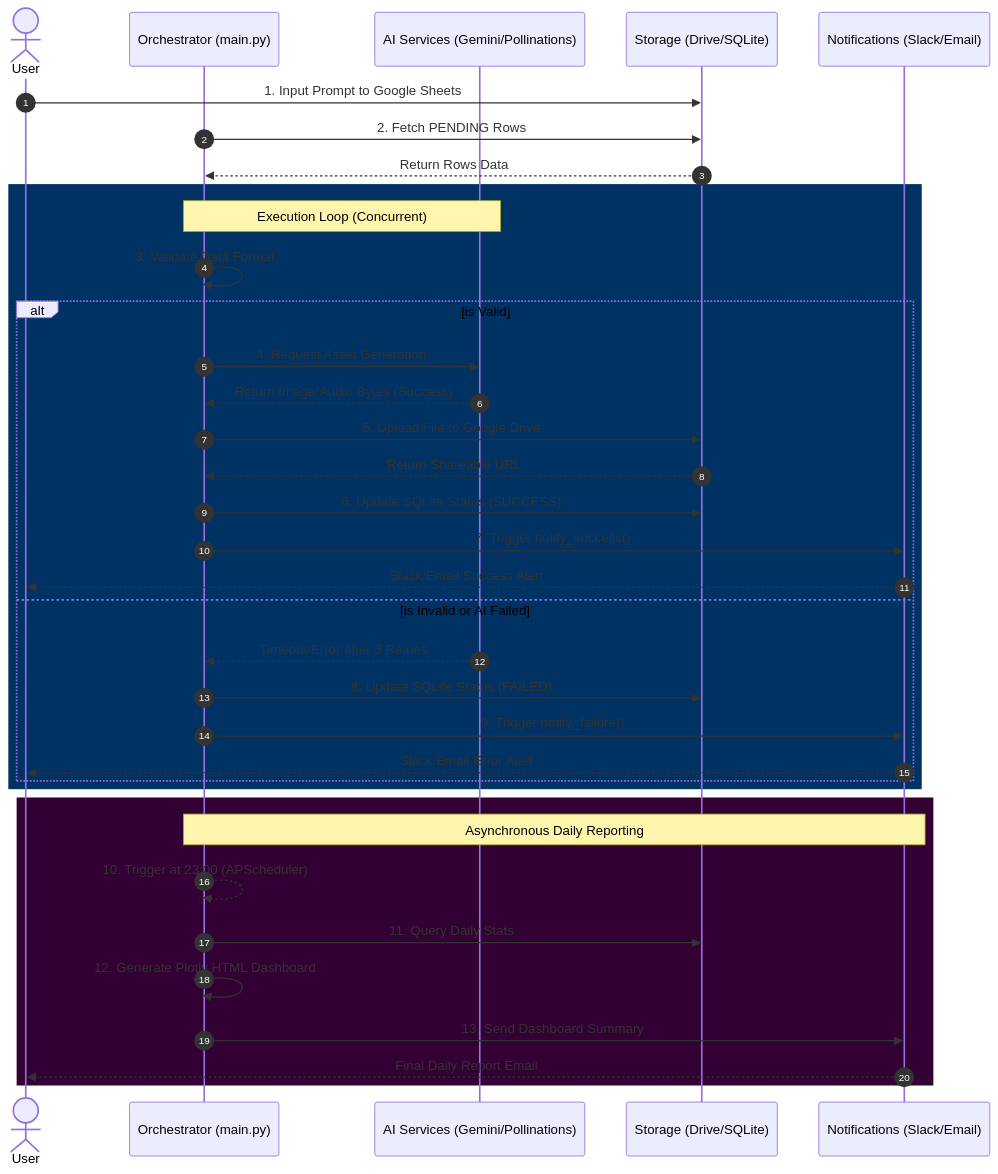
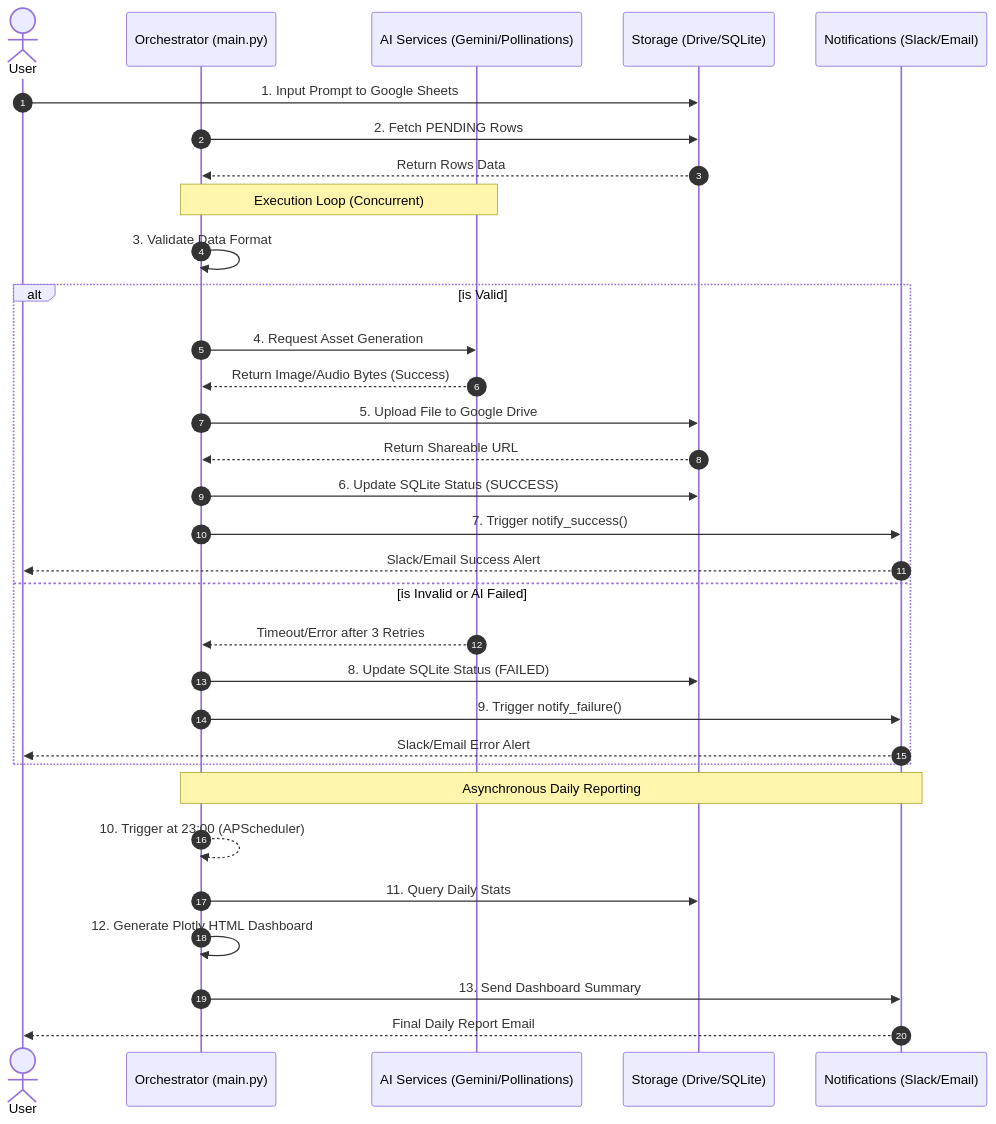
The second of 2 diagrams in LeThanhHaiHuynh_Test_Submit/automation/docs/System_Design.md (danielhuynh-04/AI-Asset-Generation-Automation-Pipeline), drawn with Mermaid before and after one commit. The commit also changed 4 other files, not shown here.

Commit message:
docs: use unstyled mermaid for github darkmode and embed in readme

````diff
--- a/LeThanhHaiHuynh_Test_Submit/automation/docs/System_Design.md
+++ b/LeThanhHaiHuynh_Test_Submit/automation/docs/System_Design.md
@@ -48,42 +48,38 @@
 ```mermaid
 sequenceDiagram
     autonumber
     actor User
     participant System as Orchestrator (main.py)
     participant AI as AI Services (Gemini/Pollinations)
     participant Storage as Storage (Drive/SQLite)
     participant Notif as Notifications (Slack/Email)
 
     User->>Storage: 1. Input Prompt to Google Sheets
     System->>Storage: 2. Fetch PENDING Rows
     Storage-->>System: Return Rows Data
     
-    rect rgb(0, 50, 100)
     Note over System, AI: Execution Loop (Concurrent)
     System->>System: 3. Validate Data Format
     
     alt is Valid
         System->>AI: 4. Request Asset Generation
         AI-->>System: Return Image/Audio Bytes (Success)
         System->>Storage: 5. Upload File to Google Drive
         Storage-->>System: Return Shareable URL
         System->>Storage: 6. Update SQLite Status (SUCCESS)
         System->>Notif: 7. Trigger notify_success()
         Notif-->>User: Slack/Email Success Alert
     else is Invalid or AI Failed
         AI-->>System: Timeout/Error after 3 Retries
         System->>Storage: 8. Update SQLite Status (FAILED)
         System->>Notif: 9. Trigger notify_failure()
         Notif-->>User: Slack/Email Error Alert
     end
-    end
     
-    rect rgb(50, 0, 50)
     Note over System, Notif: Asynchronous Daily Reporting
     System-->>System: 10. Trigger at 23:00 (APScheduler)
     System->>Storage: 11. Query Daily Stats
     System->>System: 12. Generate Plotly HTML Dashboard
     System->>Notif: 13. Send Dashboard Summary
     Notif-->>User: Final Daily Report Email
-    end
 ```
````
